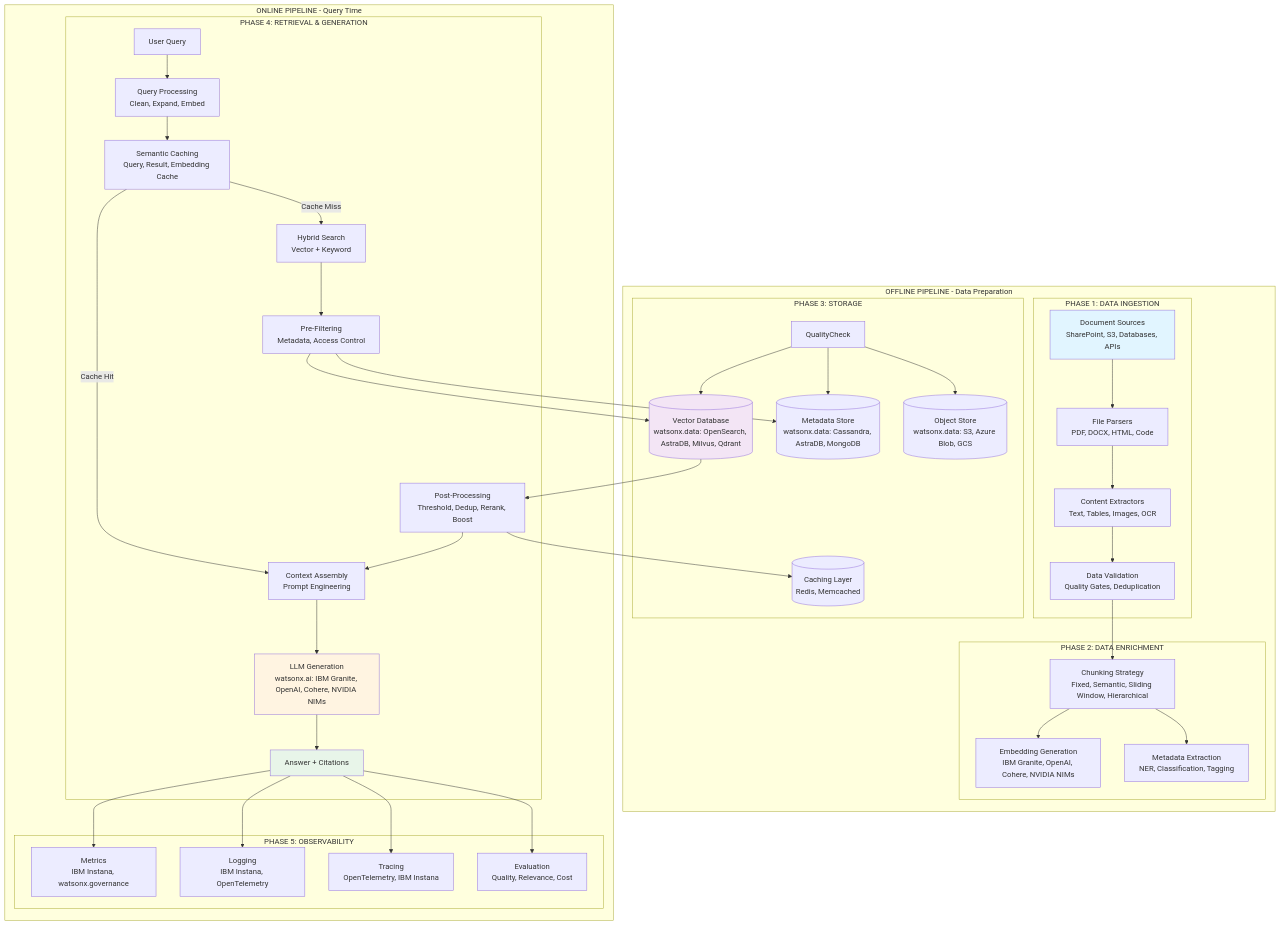
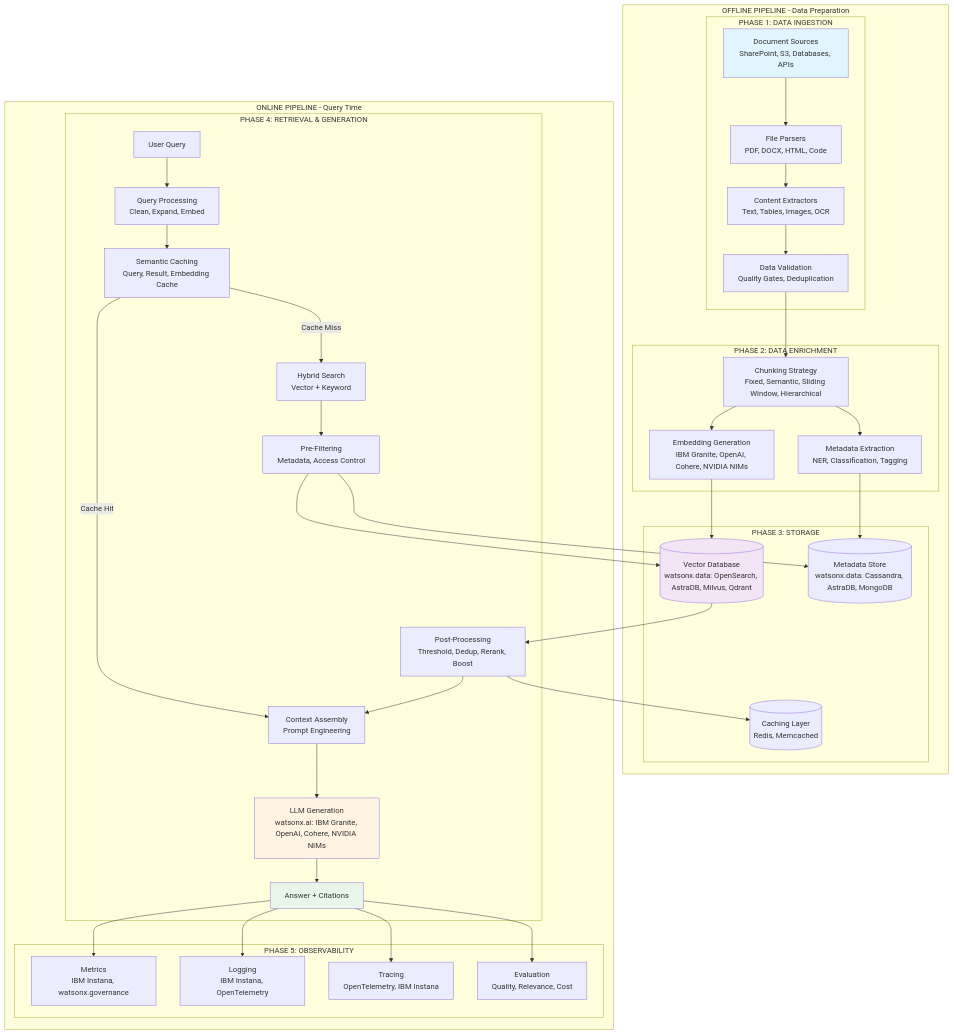
The first of 5 diagrams in Enterprise_RAG_Architecture_Guide.md (pravinbhat/pravinbhat.github.io), drawn with Mermaid before and after one commit. The commit also changed other lines of this file, not shown here.

Commit message:
Overhaul data-storage section

````diff
--- a/Enterprise_RAG_Architecture_Guide.md
+++ b/Enterprise_RAG_Architecture_Guide.md
@@ -109,80 +109,78 @@
 ```mermaid
 graph TB
     subgraph "OFFLINE PIPELINE - Data Preparation"
         subgraph "PHASE 1: DATA INGESTION"
             Sources[Document Sources<br/>SharePoint, S3, Databases, APIs]
             Parsers[File Parsers<br/>PDF, DOCX, HTML, Code]
             Extractors[Content Extractors<br/>Text, Tables, Images, OCR]
             Validation[Data Validation<br/>Quality Gates, Deduplication]
             
             Sources --> Parsers
             Parsers --> Extractors
             Extractors --> Validation
         end
         
         subgraph "PHASE 2: DATA ENRICHMENT"
             Chunking[Chunking Strategy<br/>Fixed, Semantic, Sliding Window, Hierarchical]
             Embedding[Embedding Generation<br/>IBM Granite, OpenAI, Cohere, NVIDIA NIMs]
             Metadata[Metadata Extraction<br/>NER, Classification, Tagging]
             
             Validation --> Chunking
             Chunking --> Embedding
             Chunking --> Metadata
         end
         
         subgraph "PHASE 3: STORAGE"
             VectorDB[(Vector Database<br/>watsonx.data: OpenSearch, AstraDB, Milvus, Qdrant)]
             MetadataDB[(Metadata Store<br/>watsonx.data: Cassandra, AstraDB, MongoDB)]
-            DocStore[(Object Store<br/>watsonx.data: S3, Azure Blob, GCS)]
             Cache[(Caching Layer<br/>Redis, Memcached)]
             
-            QualityCheck --> VectorDB
-            QualityCheck --> MetadataDB
-            QualityCheck --> DocStore
+            Embedding --> VectorDB
+            Metadata --> MetadataDB
         end
     end
     
     subgraph "ONLINE PIPELINE - Query Time"
         subgraph "PHASE 4: RETRIEVAL & GENERATION"
             Query[User Query]
             QueryProc[Query Processing<br/>Clean, Expand, Embed]
             HybridSearch[Hybrid Search<br/>Vector + Keyword]
             PreFilter[Pre-Filtering<br/>Metadata, Access Control]
             PostProc[Post-Processing<br/>Threshold, Dedup, Rerank, Boost]
             SemanticCache[Semantic Caching<br/>Query, Result, Embedding Cache]
             Context[Context Assembly<br/>Prompt Engineering]
             LLM[LLM Generation<br/>watsonx.ai: IBM Granite, OpenAI, Cohere, NVIDIA NIMs]
             Response[Answer + Citations]
             
             Query --> QueryProc
             QueryProc --> SemanticCache
             SemanticCache -->|Cache Miss| HybridSearch
             SemanticCache -->|Cache Hit| Context
             HybridSearch --> PreFilter
             PreFilter --> VectorDB
             PreFilter --> MetadataDB
             VectorDB --> PostProc
             PostProc --> Context
             Context --> LLM
             LLM --> Response
             PostProc --> Cache
         end
         
         subgraph "PHASE 5: OBSERVABILITY"
             Metrics[Metrics<br/>IBM Instana, watsonx.governance]
             Logging[Logging<br/>IBM Instana, OpenTelemetry]
             Tracing[Tracing<br/>OpenTelemetry, IBM Instana]
             Evaluation[Evaluation<br/>Quality, Relevance, Cost]
             
             Response --> Metrics
             Response --> Logging
             Response --> Tracing
             Response --> Evaluation
         end
     end
     
     style Sources fill:#e1f5ff
     style VectorDB fill:#f3e5f5
     style LLM fill:#fff4e1
     style Response fill:#e8f5e9
 ```
````
